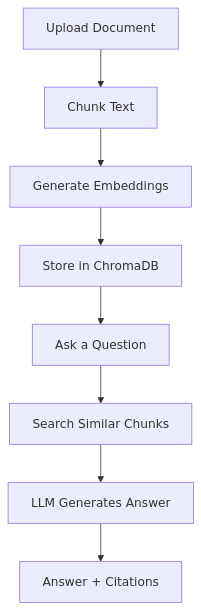
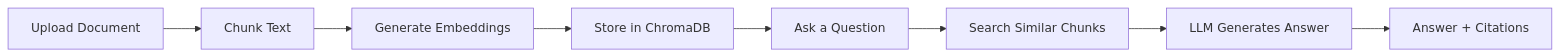
One commit to prthmmkhija1/RAGsystem changed the first of 4 diagrams in README.md. Above: the diagram before and after it, drawn with Mermaid. The commit also changed other lines of this file, not shown here.

````diff
--- a/README.md
+++ b/README.md
@@ -11,5 +11,5 @@
 ```mermaid
-flowchart TD
+flowchart LR
     A[Upload Document] --> B[Chunk Text] --> C[Generate Embeddings] --> D[Store in ChromaDB]
     D --> E[Ask a Question] --> F[Search Similar Chunks] --> G[LLM Generates Answer] --> H[Answer + Citations]
 ```
````
